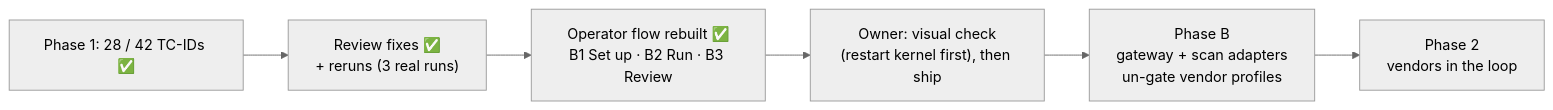
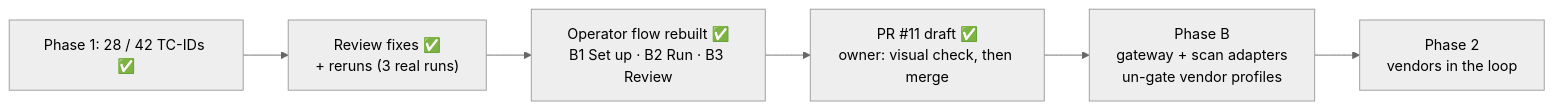
One commit to hackershmave1/guardrail-eval changed the diagram in STATUS.md. Above: the diagram before and after it, drawn with Mermaid (neutral theme). The commit also changed other lines of this file, not shown here.

````diff
--- a/STATUS.md
+++ b/STATUS.md
@@ -6,8 +7,8 @@
 ```mermaid
 flowchart LR
     A["Phase 1: 28 / 42 TC-IDs ✅"] --> B["Review fixes ✅<br/>+ reruns (3 real runs)"]
     B --> C["Operator flow rebuilt ✅<br/>B1 Set up · B2 Run · B3 Review"]
-    C --> D["Owner: visual check<br/>(restart kernel first), then ship"]
+    C --> D["PR #11 draft ✅<br/>owner: visual check, then merge"]
     D --> E["Phase B<br/>gateway + scan adapters<br/>un-gate vendor profiles"]
     E --> F["Phase 2<br/>vendors in the loop"]
 ```
````
